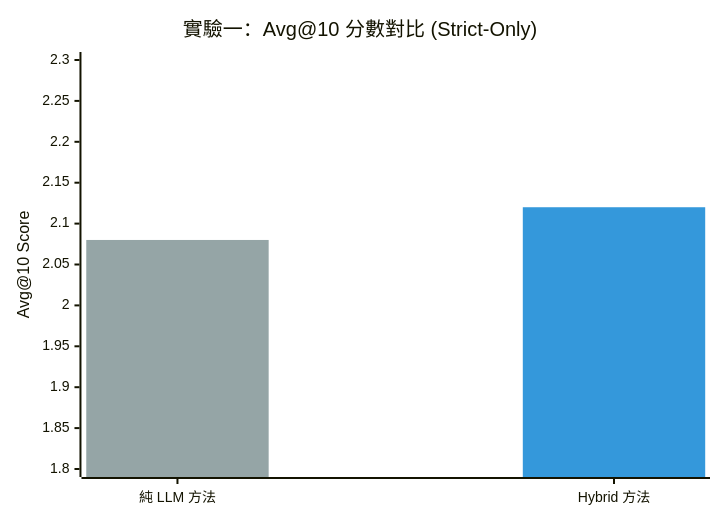
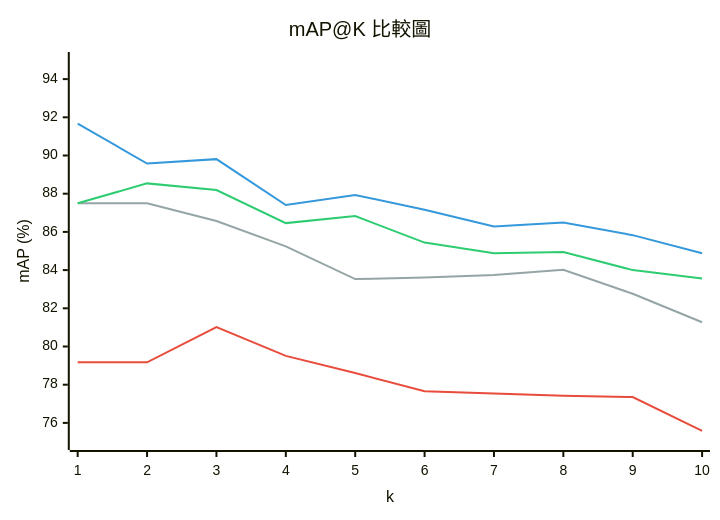
Before and after one commit to wangicheng/hybrid-reasoner: the fourth of 13 diagrams in docs/report.md, drawn with Mermaid. The commit also changed other lines of this file and 9 other files, not shown here.

````diff
--- a/docs/report.md
+++ b/docs/report.md
@@ -202,9 +213,11 @@
 ```mermaid
-%%{init: { 'themeVariables': { 'xyChart': { 'plotColorPalette': '#95A5A6, #3498DB' } } } }%%
+%%{init: { 'themeVariables': { 'xyChart': { 'plotColorPalette': '#E74C3C, #95A5A6, #2ECC71, #3498DB' } } } }%%
 xychart-beta
-    title "實驗一：Avg@10 分數對比 (Strict-Only)"
-    x-axis ["純 LLM 方法", "Hybrid 方法"]
-    y-axis "Avg@10 Score" 1.8 --> 2.3
-    bar [2.08, 0]
-    bar [0, 2.12]
+    title "mAP@K 比較圖"
+    x-axis "k" [1, 2, 3, 4, 5, 6, 7, 8, 9, 10]
+    y-axis "mAP (%)" 75 --> 95
+    line [79.17, 79.17, 81.02, 79.51, 78.61, 77.66, 77.54, 77.42, 77.35, 75.58]
+    line [87.50, 87.50, 86.57, 85.24, 83.53, 83.61, 83.74, 84.02, 82.76, 81.27]
+    line [87.50, 88.54, 88.19, 86.46, 86.83, 85.44, 84.88, 84.95, 84.00, 83.56]
+    line [91.67, 89.58, 89.81, 87.41, 87.93, 87.16, 86.28, 86.49, 85.83, 84.88]
 ```
````
